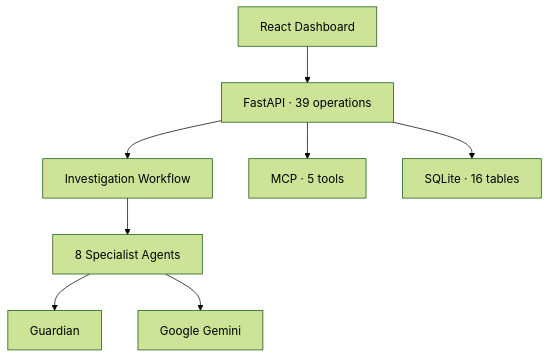
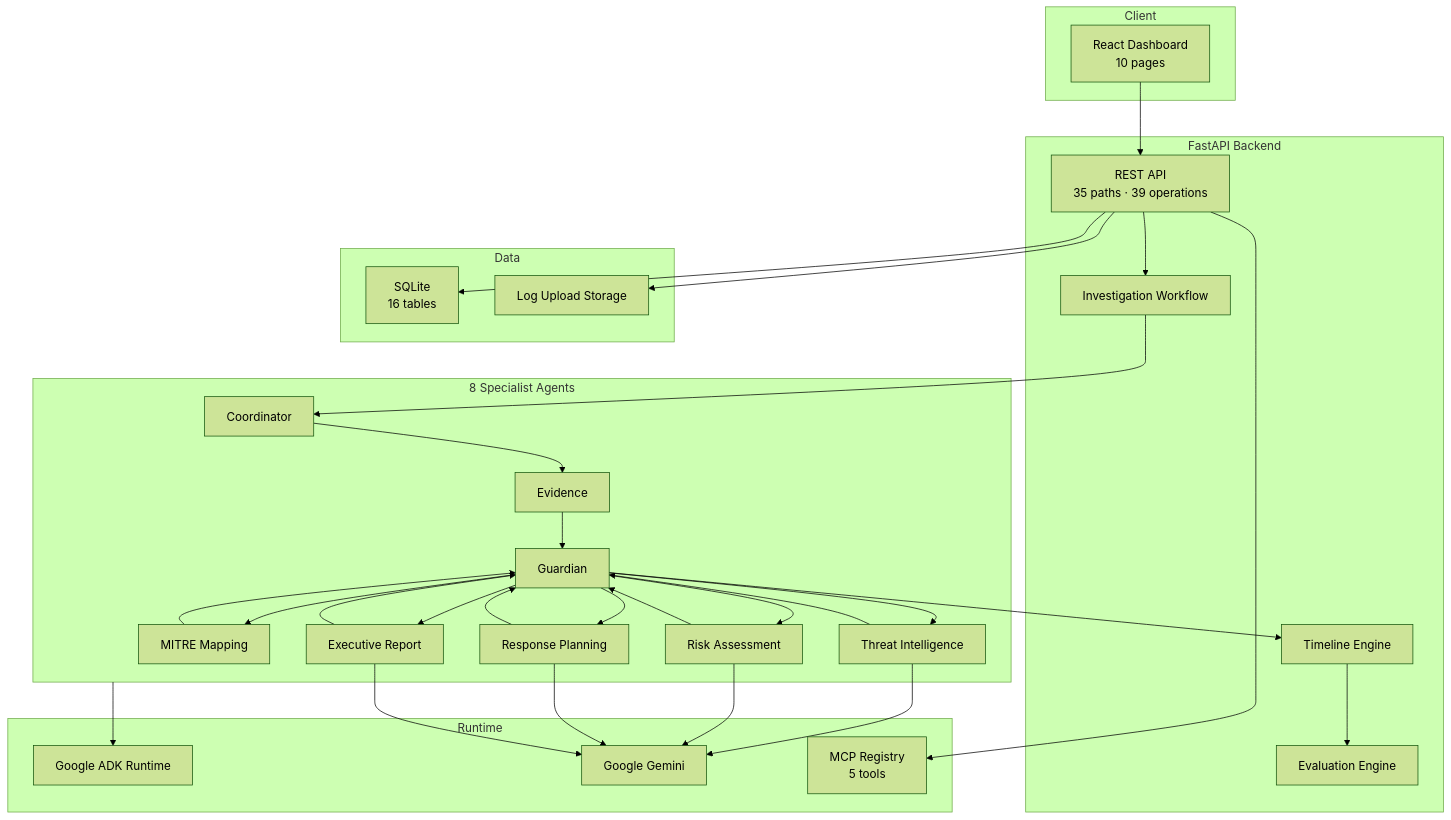
One commit to Jugnu0707/Kaggle changed the diagram in README.md. Above: the diagram before and after it, drawn with Mermaid (forest theme). The commit also changed other lines of this file and 30 other files, not shown here.

First line of the commit message:
docs: RC2 README, architecture, Kaggle writeup, and demo recording assets

````diff
--- a/README.md
+++ b/README.md
@@ -119,10 +113,48 @@
 ```mermaid
 flowchart TB
-    UI["React Dashboard"] --> API["FastAPI · 39 operations"]
-    API --> WF["Investigation Workflow"]
-    WF --> AGENTS["8 Specialist Agents"]
-    AGENTS --> GR["Guardian"]
-    AGENTS --> GEMINI["Google Gemini"]
-    API --> MCP["MCP · 5 tools"]
-    API --> DB["SQLite · 16 tables"]
+    subgraph Client
+        UI["React Dashboard<br/>10 pages"]
+    end
+
+    subgraph Backend["FastAPI Backend"]
+        API["REST API<br/>35 paths · 39 operations"]
+        WF["Investigation Workflow"]
+        TL["Timeline Engine"]
+        EV["Evaluation Engine"]
+    end
+
+    subgraph Agents["8 Specialist Agents"]
+        CO["Coordinator"]
+        EVA["Evidence"]
+        TI["Threat Intelligence"]
+        MI["MITRE Mapping"]
+        RI["Risk Assessment"]
+        RP["Response Planning"]
+        ER["Executive Report"]
+        GR["Guardian"]
+    end
+
+    subgraph Runtime
+        ADK["Google ADK Runtime"]
+        GEMINI["Google Gemini"]
+        MCP["MCP Registry<br/>5 tools"]
+    end
+
+    subgraph Data
+        DB["SQLite<br/>16 tables"]
+        FS["Log Upload Storage"]
+    end
+
+    UI --> API
+    API --> WF
+    WF --> CO --> EVA --> GR
+    GR --> TI --> GR --> MI --> GR
+    GR --> RI --> GR --> RP --> GR
+    GR --> ER --> GR
+    GR --> TL --> EV
+    Agents --> ADK
+    TI & RI & RP & ER --> GEMINI
+    API --> MCP
+    API --> DB
+    API --> FS
 ```
````
